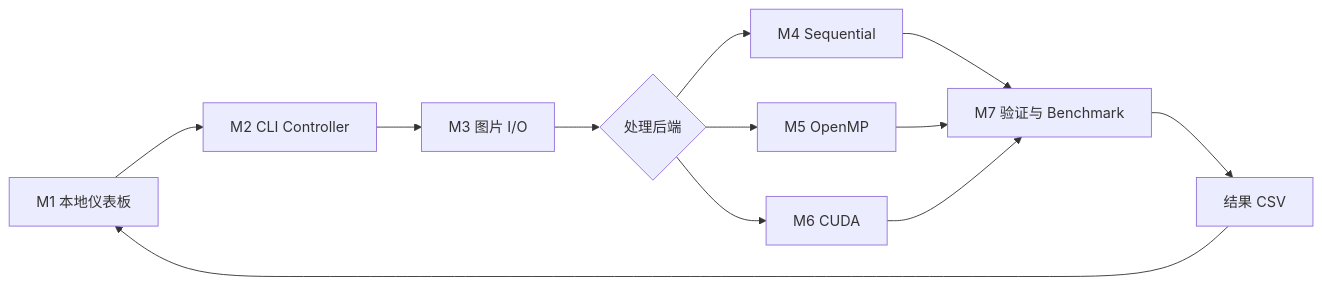
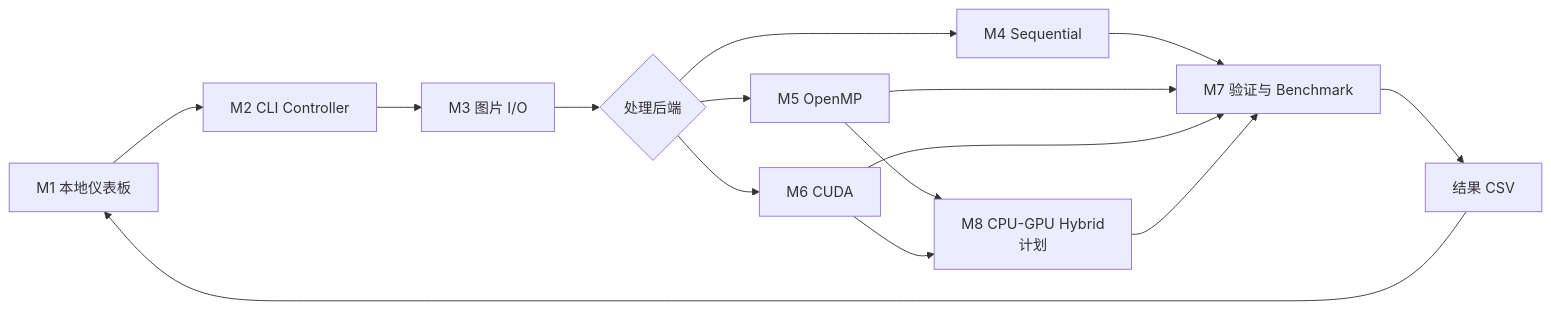
The diagram in README.md (ZhangHui88888/ParallelPix), drawn with Mermaid before and after one commit. The commit also changed other lines of this file and 60 other files, not shown here.

````diff
--- a/README.md
+++ b/README.md
@@ -54,14 +70,17 @@
 ```mermaid
 flowchart LR
     M1["M1 本地仪表板"] --> M2["M2 CLI Controller"]
     M2 --> M3["M3 图片 I/O"]
     M3 --> B{"处理后端"}
     B --> M4["M4 Sequential"]
     B --> M5["M5 OpenMP"]
     B --> M6["M6 CUDA"]
+    M5 --> M8["M8 CPU-GPU Hybrid<br/>计划"]
+    M6 --> M8
     M4 --> M7["M7 验证与 Benchmark"]
     M5 --> M7
     M6 --> M7
+    M8 --> M7
     M7 --> R["结果 CSV"]
     R --> M1
 ```
````
